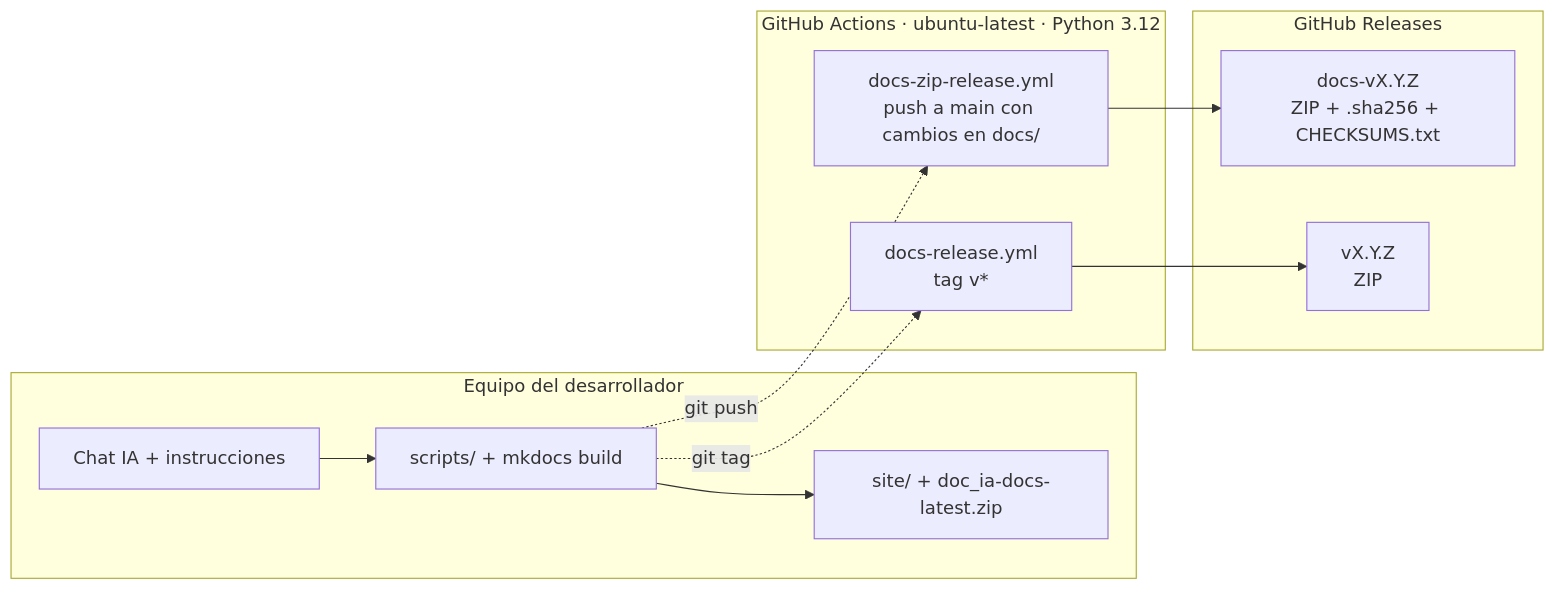
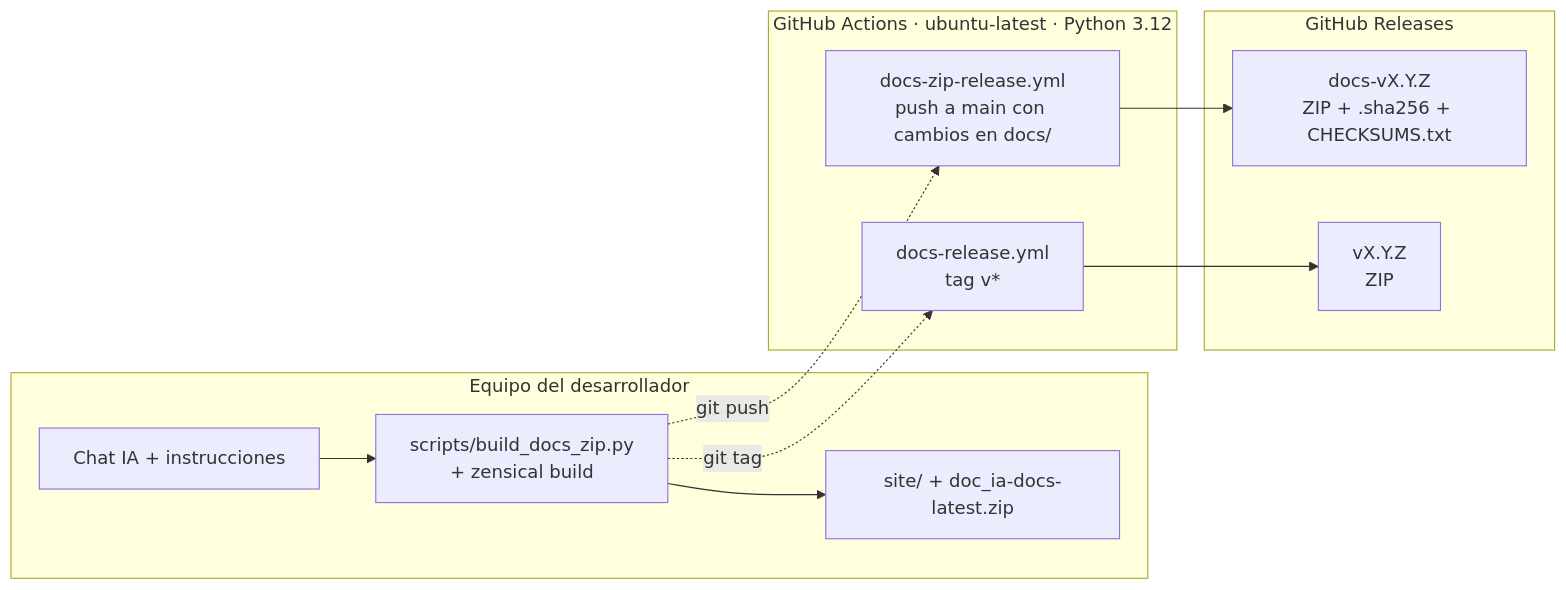
One commit to fmanza/doc_ia changed the third of 3 diagrams in docs/architecture.md. Above: the diagram before and after it, drawn with Mermaid. The commit also changed other lines of this file and 31 other files, not shown here.

````diff
--- a/docs/architecture.md
+++ b/docs/architecture.md
@@ -88,21 +88,21 @@
 ```mermaid
 flowchart LR
     accTitle: Despliegue de doc_ia
     accDescr: En local, el chat y los scripts generan site/ y el ZIP; un push a main dispara docs-zip-release.yml, que publica la release docs-vX.Y.Z, y un tag v* dispara docs-release.yml, que publica la release vX.Y.Z.
     subgraph Local[Equipo del desarrollador]
         CHAT[Chat IA + instrucciones]
-        SCR[scripts/ + mkdocs build]
+        SCR[scripts/build_docs_zip.py<br/>+ zensical build]
         SITE[site/ + doc_ia-docs-latest.zip]
     end
     subgraph GHA[GitHub Actions · ubuntu-latest · Python 3.12]
         WZ[docs-zip-release.yml<br/>push a main con cambios en docs/]
         WT[docs-release.yml<br/>tag v*]
     end
     subgraph GHR[GitHub Releases]
         RD[docs-vX.Y.Z<br/>ZIP + .sha256 + CHECKSUMS.txt]
         RV[vX.Y.Z<br/>ZIP]
     end
     CHAT --> SCR --> SITE
     SCR -. git push .-> WZ --> RD
     SCR -. git tag .-> WT --> RV
 ```
````
